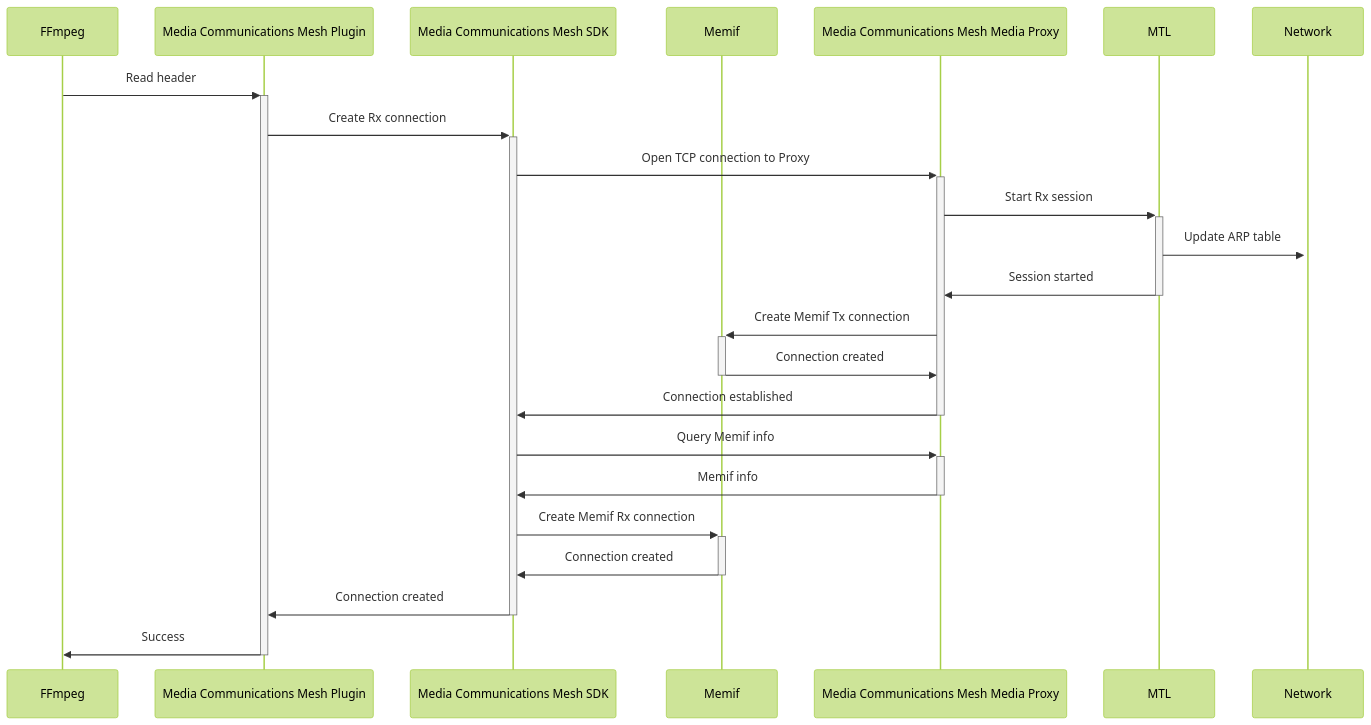
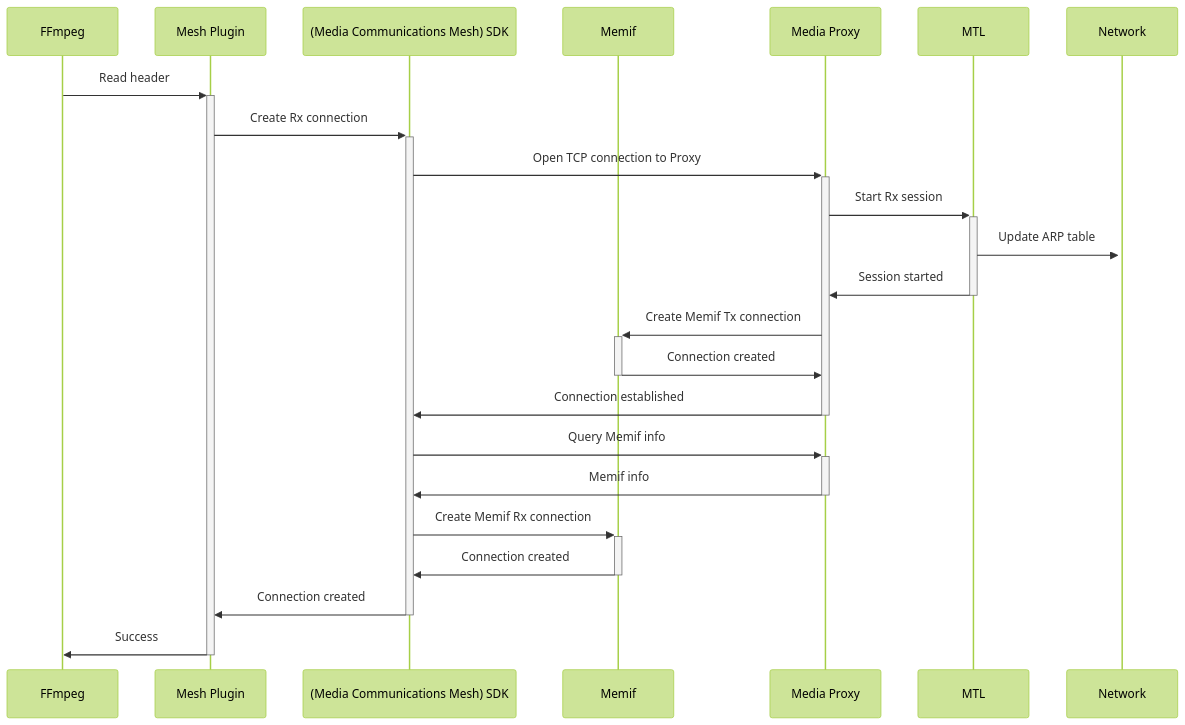
The second of 4 diagrams in ffmpeg-plugin/RX_FLOW.md (OpenVisualCloud/Media-Communications-Mesh), drawn with Mermaid (forest theme) before and after one commit. The commit also changed other lines of this file and 13 other files, not shown here.

````diff
--- a/ffmpeg-plugin/RX_FLOW.md
+++ b/ffmpeg-plugin/RX_FLOW.md
@@ -23,28 +23,28 @@
 ```mermaid
 sequenceDiagram
    participant ffmpeg as FFmpeg
-   participant mux as Media Communications Mesh Plugin
-   participant sdk as Media Communications Mesh SDK
+   participant mux as Mesh Plugin
+   participant sdk as (Media Communications Mesh) SDK
    participant memif as Memif
-   participant proxy as Media Communications Mesh Media Proxy
+   participant proxy as Media Proxy
    participant mtl as MTL
    participant network as Network
 
    ffmpeg ->>+ mux: Read header
    mux ->>+ sdk: Create Rx connection
    sdk ->>+ proxy: Open TCP connection to Proxy
    proxy ->>+ mtl: Start Rx session
    mtl ->>+ network: Update ARP table
    mtl ->>- proxy: Session started
    proxy ->>+ memif: Create Memif Tx connection
    memif ->>- proxy: Connection created
    proxy ->>- sdk: Connection established
 
    sdk ->>+ proxy: Query Memif info
    proxy ->>- sdk: Memif info
 
    sdk ->>+ memif: Create Memif Rx connection
    memif ->>- sdk: Connection created
    sdk ->>- mux: Connection created
    mux ->>- ffmpeg: Success
 ```
````
